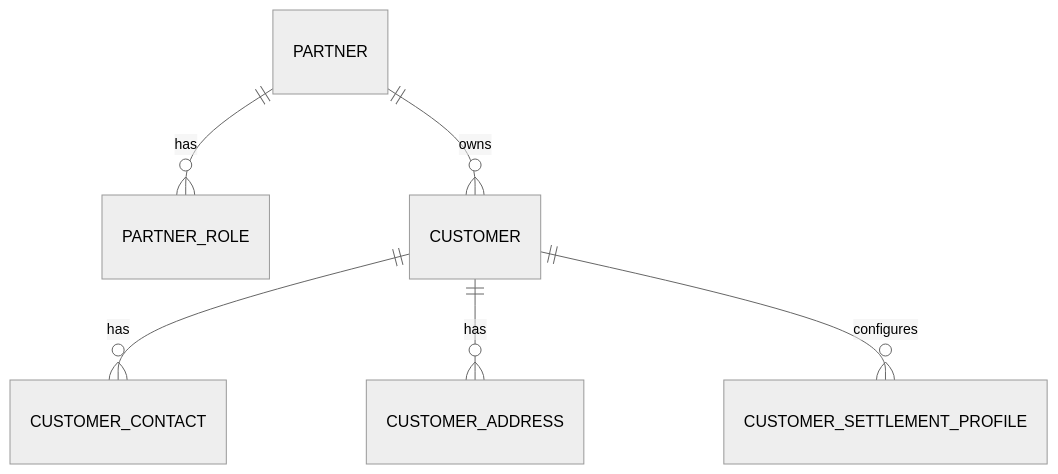
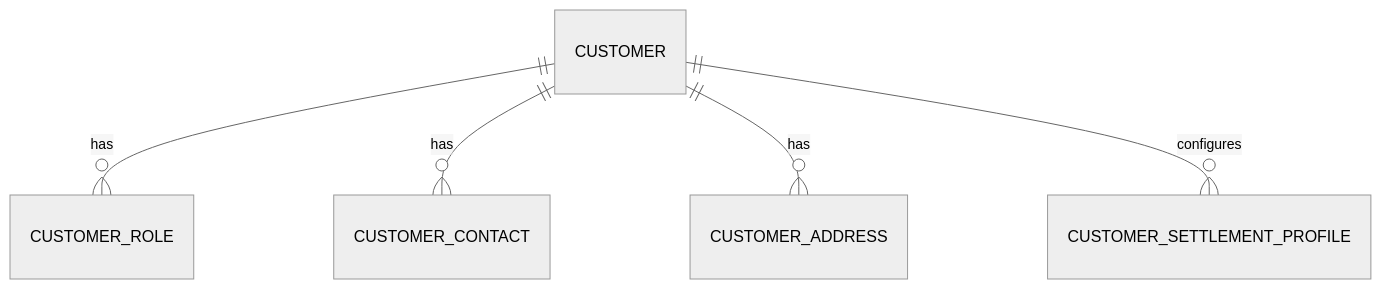
One commit to hystyle/myow-oms changed the first of 4 diagrams in wms-oms-coding-spec/customer/business-design.md. Above: the diagram before and after it, drawn with Mermaid (neutral theme). The commit also changed other lines of this file and 71 other files, not shown here.

````diff
--- a/wms-oms-coding-spec/customer/business-design.md
+++ b/wms-oms-coding-spec/customer/business-design.md
@@ -56,8 +70,7 @@
 ```mermaid
 erDiagram
-    PARTNER ||--o{ PARTNER_ROLE : has
-    PARTNER ||--o{ CUSTOMER : owns
+    CUSTOMER ||--o{ CUSTOMER_ROLE : has
     CUSTOMER ||--o{ CUSTOMER_CONTACT : has
     CUSTOMER ||--o{ CUSTOMER_ADDRESS : has
     CUSTOMER ||--o{ CUSTOMER_SETTLEMENT_PROFILE : configures
 ```
````
